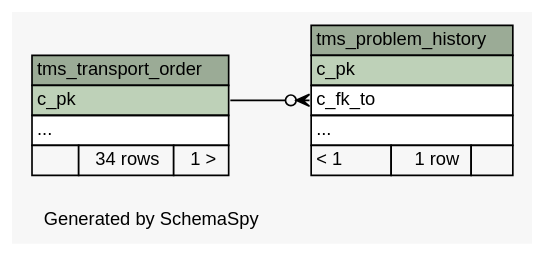
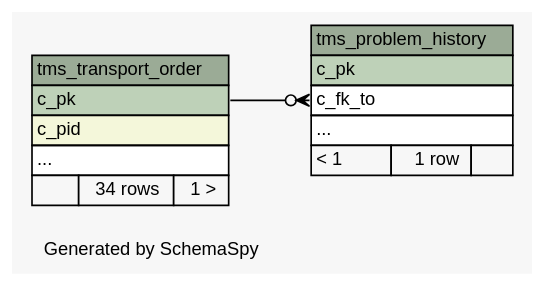
One commit to openwms/org.openwms.tms.transportation changed the diagram in 2.0.0-SNAPSHOT/schemaspy/diagrams/summary/relationships.real.compact.dot. Above: the diagram before and after it, drawn with Graphviz. The commit also changed 270 other files, not shown here.

```diff
--- a/2.0.0-SNAPSHOT/schemaspy/diagrams/summary/relationships.real.compact.dot
+++ b/2.0.0-SNAPSHOT/schemaspy/diagrams/summary/relationships.real.compact.dot
@@ -1,46 +1,47 @@
-// dot 2.43.0 on Linux 5.11.0-1028-azure
+// dot 2.43.0 on Linux 5.13.0-1017-azure
 // SchemaSpy rev Unknown
 digraph "compactRelationshipsDiagram" {
   graph [
     rankdir="RL"
     bgcolor="#f7f7f7"
     label="\nGenerated by SchemaSpy"
     labeljust="l"
     nodesep="0.18"
     ranksep="0.46"
     fontname="Helvetica"
     fontsize="11"
   ];
   node [
     fontname="Helvetica"
     fontsize="11"
     shape="plaintext"
   ];
   edge [
     arrowsize="0.8"
   ];
   "tms_problem_history" [
     label=<
     <TABLE BORDER="0" CELLBORDER="1" CELLSPACING="0" BGCOLOR="#ffffff">
       <TR><TD COLSPAN="3" BGCOLOR="#9bab96" ALIGN="CENTER">tms_problem_history</TD></TR>
       <TR><TD PORT="c_pk" COLSPAN="3" BGCOLOR="#bed1b8" ALIGN="LEFT">c_pk</TD></TR>
       <TR><TD PORT="c_fk_to" COLSPAN="3" ALIGN="LEFT">c_fk_to</TD></TR>
       <TR><TD PORT="elipses" COLSPAN="3" ALIGN="LEFT">...</TD></TR>
       <TR><TD ALIGN="LEFT" BGCOLOR="#f7f7f7">&lt; 1</TD><TD ALIGN="RIGHT" BGCOLOR="#f7f7f7">1 row</TD><TD ALIGN="RIGHT" BGCOLOR="#f7f7f7">  </TD></TR>
     </TABLE>>
     URL="tables/tms_problem_history.html"
     tooltip="tms_problem_history"
   ];
   "tms_transport_order" [
     label=<
     <TABLE BORDER="0" CELLBORDER="1" CELLSPACING="0" BGCOLOR="#ffffff">
       <TR><TD COLSPAN="3" BGCOLOR="#9bab96" ALIGN="CENTER">tms_transport_order</TD></TR>
       <TR><TD PORT="c_pk" COLSPAN="3" BGCOLOR="#bed1b8" ALIGN="LEFT">c_pk</TD></TR>
+      <TR><TD PORT="c_pid" COLSPAN="3" BGCOLOR="#f4f7da" ALIGN="LEFT">c_pid</TD></TR>
       <TR><TD PORT="elipses" COLSPAN="3" ALIGN="LEFT">...</TD></TR>
       <TR><TD ALIGN="LEFT" BGCOLOR="#f7f7f7">  </TD><TD ALIGN="RIGHT" BGCOLOR="#f7f7f7">34 rows</TD><TD ALIGN="RIGHT" BGCOLOR="#f7f7f7">1 &gt;</TD></TR>
     </TABLE>>
     URL="tables/tms_transport_order.html"
     tooltip="tms_transport_order"
   ];
   "tms_problem_history":"c_fk_to":w -> "tms_transport_order":"c_pk":e [arrowhead=none dir=back arrowtail=crowodot];
 }
```
